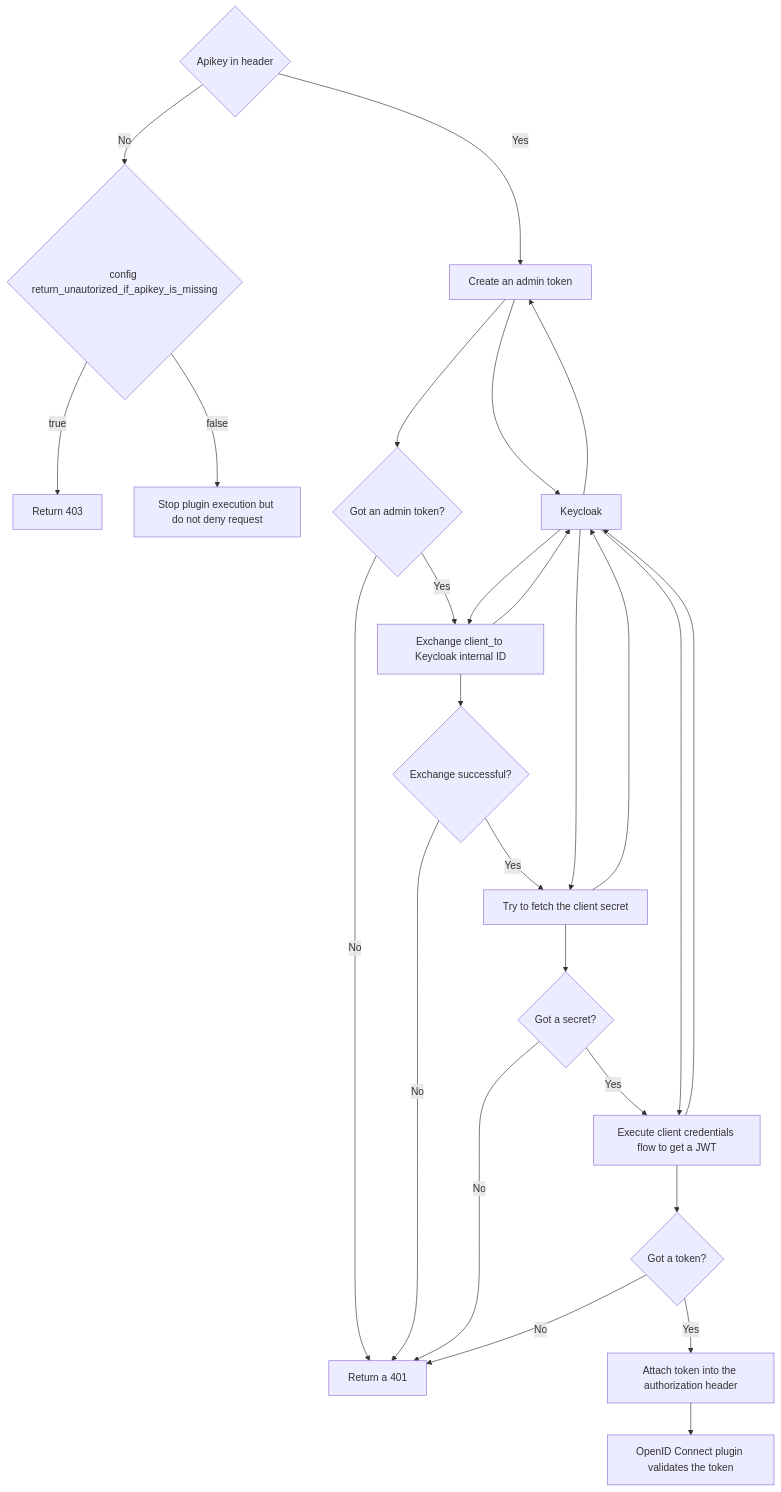
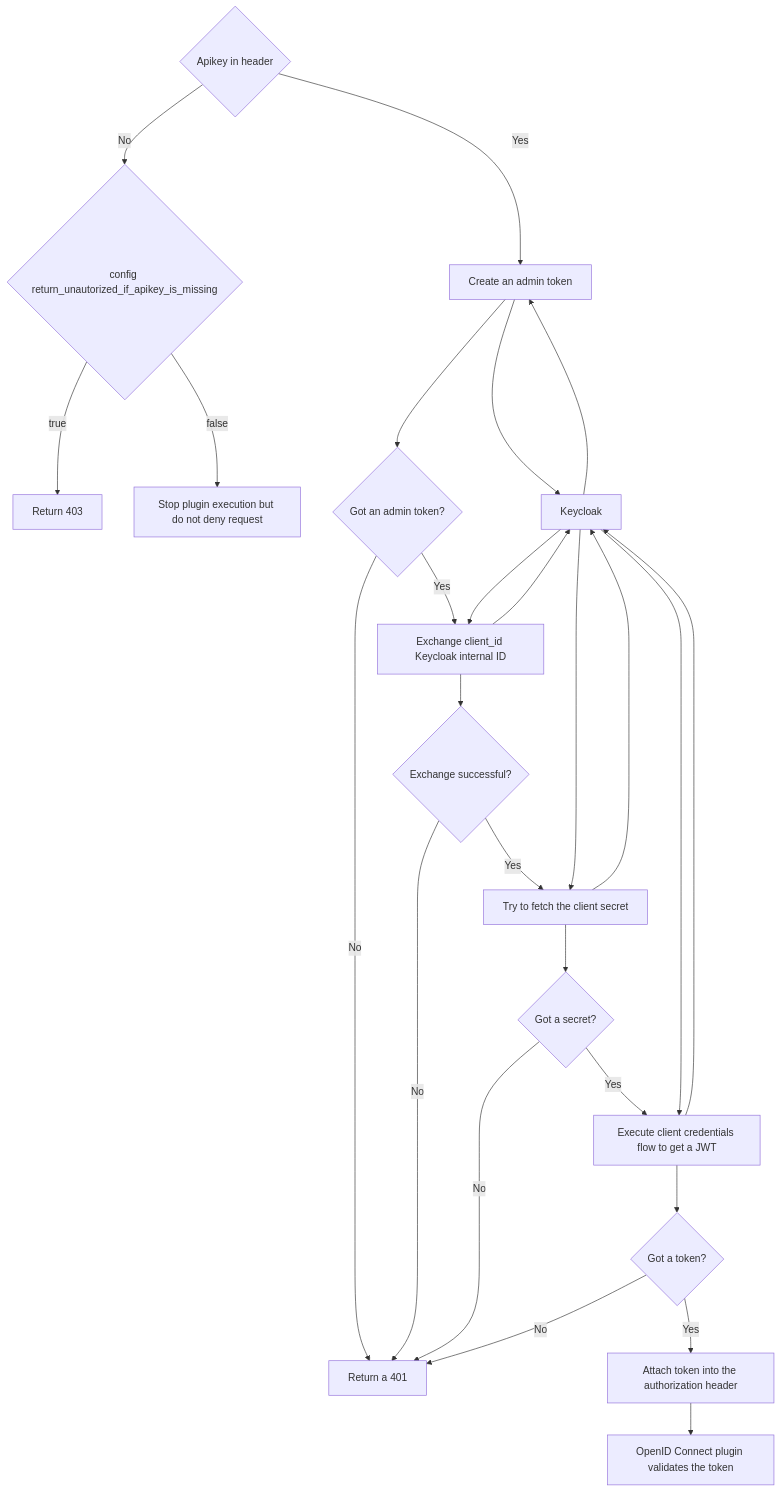
Before and after one commit to svenwal/kong-plugin-keycloak-apikey: the diagram in README.md, drawn with Mermaid.

Commit message:
Updated README graph for apikey optional

````diff
--- a/README.md
+++ b/README.md
@@ -11,32 +11,32 @@
 ```mermaid
 graph TD
     A{Apikey in header}
     A --> |No| V{config return_unautorized_if_apikey_is_missing}
     V --> |true| B[Return 403]
     V --> |false| XX[Stop plugin execution but do not deny request]
     A -->|Yes| C[Create an admin token]
     C --> D
     D --> C
     C --> X{Got an admin token?}
     X --> |No| Z
-    X --> |Yes| T[Exchange client_to Keycloak internal ID]
+    X --> |Yes| T[Exchange client_id Keycloak internal ID]
     T --> D
     D --> T
     T --> U{Exchange successful?}
     U --> |Yes| E
     U --> |No| Z
     E --> F{Got a secret?}
     F --> |No| Z
     F --> |Yes| G[Execute client credentials flow to get a JWT]
     G --> H{Got a token?}
     H --> |No| Z
     H --> |Yes| I[Attach token into the authorization header]
     I --> J[OpenID Connect plugin validates the token]
     E[Try to fetch the client secret]
     E --> D
     D --> E
     G --> D
     D --> G
     D[Keycloak]
     Z[Return a 401]
 ```
````
